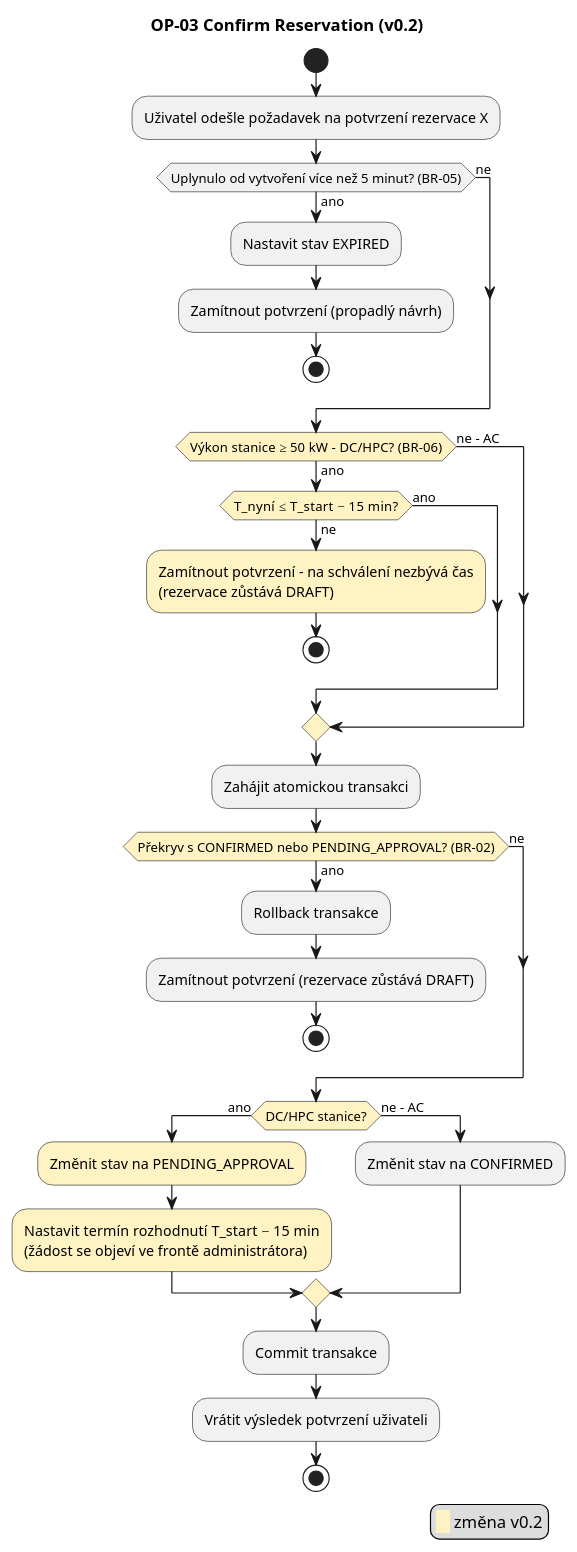
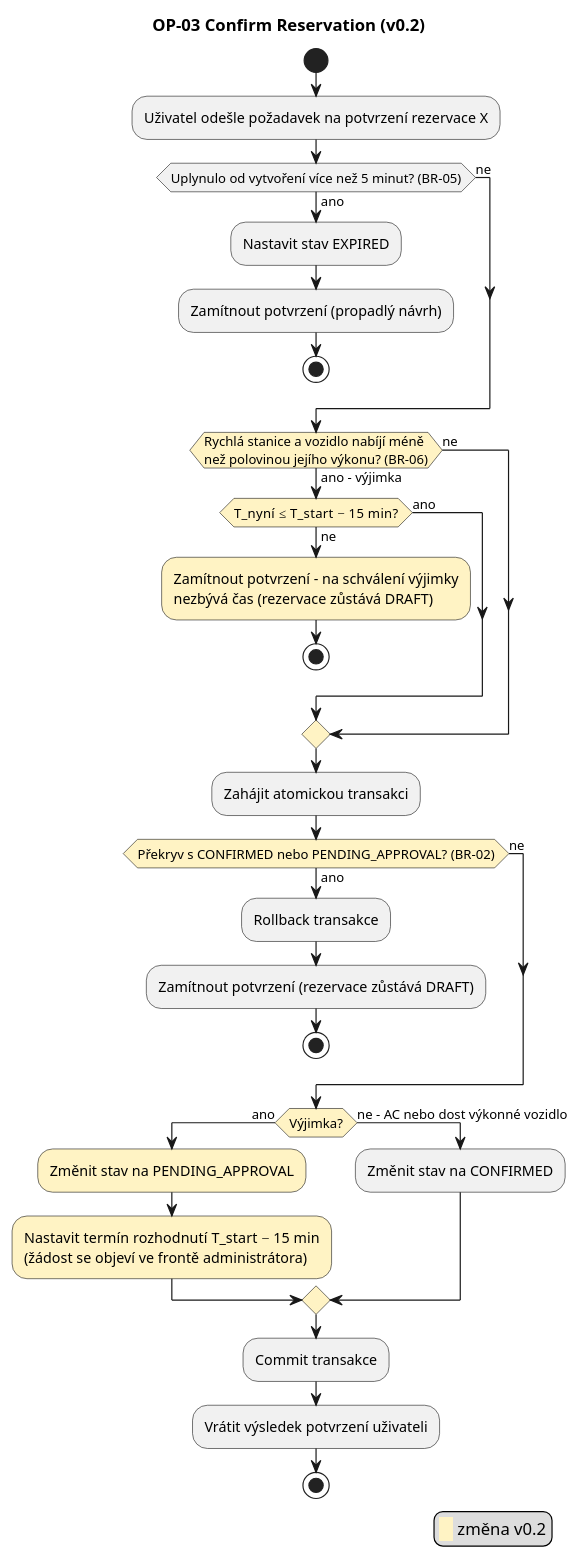
One commit to Gangyss67/SWI_Charger_stations changed the diagram in docs/diagrams/act_op03_v02.puml. Above: the diagram before and after it, drawn with PlantUML. The commit also changed 33 other files, not shown here.

```diff
--- a/docs/diagrams/act_op03_v02.puml
+++ b/docs/diagrams/act_op03_v02.puml
@@ -1,41 +1,42 @@
 @startuml
 skinparam defaultFontName Arial
 title OP-03 Confirm Reservation (v0.2)
 start
 :Uživatel odešle požadavek na potvrzení rezervace X;
 if (Uplynulo od vytvoření více než 5 minut? (BR-05)) then (ano)
   :Nastavit stav EXPIRED;
   :Zamítnout potvrzení (propadlý návrh);
   stop
 else (ne)
 endif
-#FFF3C4:if (Výkon stanice ≥ 50 kW – DC/HPC? (BR-06)) then (ano)
+#FFF3C4:if (Rychlá stanice a vozidlo nabíjí méně
+než polovinou jejího výkonu? (BR-06)) then (ano – výjimka)
   #FFF3C4:if (T_nyní ≤ T_start − 15 min?) then (ne)
-    #FFF3C4:Zamítnout potvrzení – na schválení nezbývá čas
-    (rezervace zůstává DRAFT);
+    #FFF3C4:Zamítnout potvrzení – na schválení výjimky
+    nezbývá čas (rezervace zůstává DRAFT);
     stop
   else (ano)
   endif
-else (ne – AC)
+else (ne)
 endif
 :Zahájit atomickou transakci;
 #FFF3C4:if (Překryv s CONFIRMED nebo PENDING_APPROVAL? (BR-02)) then (ano)
   :Rollback transakce;
   :Zamítnout potvrzení (rezervace zůstává DRAFT);
   stop
 else (ne)
 endif
-#FFF3C4:if (DC/HPC stanice?) then (ano)
+#FFF3C4:if (Výjimka?) then (ano)
   #FFF3C4:Změnit stav na PENDING_APPROVAL;
   #FFF3C4:Nastavit termín rozhodnutí T_start − 15 min
   (žádost se objeví ve frontě administrátora);
-else (ne – AC)
+else (ne – AC nebo dost výkonné vozidlo)
   :Změnit stav na CONFIRMED;
 endif
 :Commit transakce;
 :Vrátit výsledek potvrzení uživateli;
 stop
 legend right
   <back:#FFF3C4>   </back> změna v0.2
 endlegend
 @enduml
```
